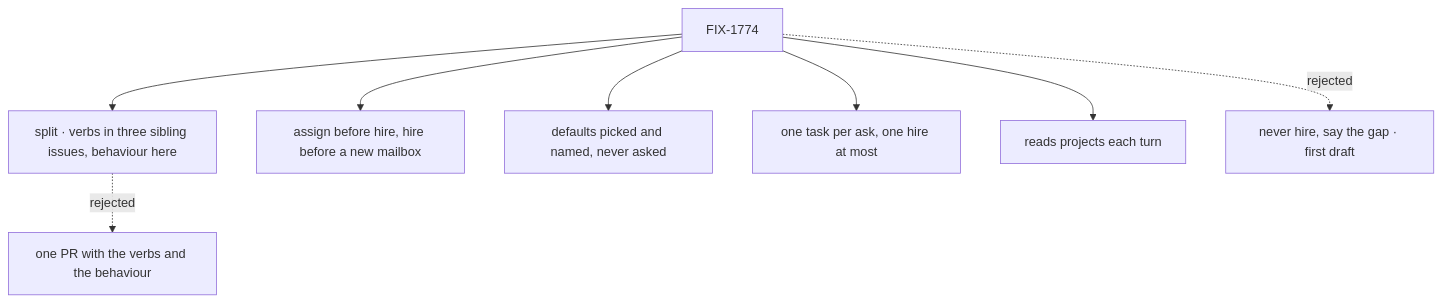
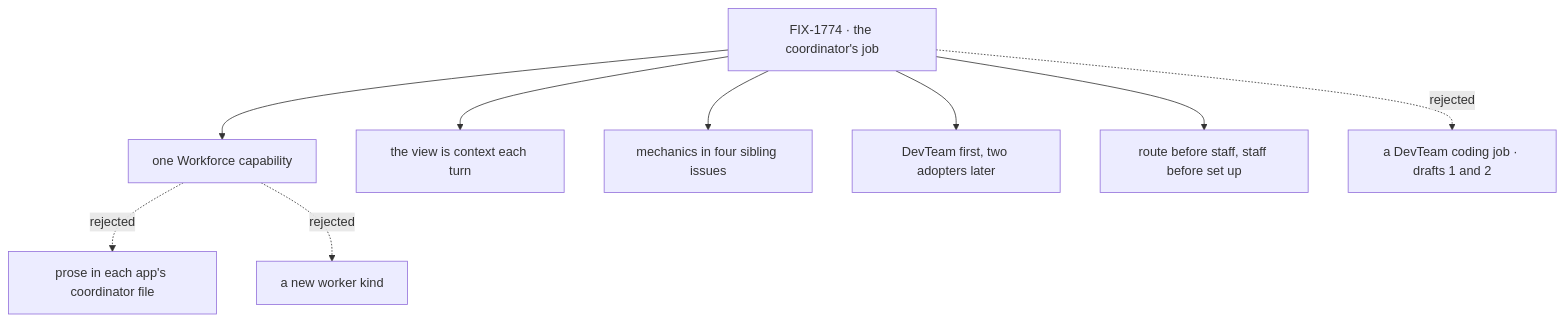
One commit to fixpoint-labs/flow-state-dev changed the diagram in specs/issues/FIX-1774/DECISIONS.md. Above: the diagram before and after it, drawn with Mermaid. The commit also changed other lines of this file and 4 other files, not shown here.

First line of the commit message:
spec(FIX-1774): the coordinator's job as one Workforce capability

````diff
--- a/specs/issues/FIX-1774/DECISIONS.md
+++ b/specs/issues/FIX-1774/DECISIONS.md
@@ -11,10 +10,11 @@
 ```mermaid
 flowchart TD
-  I["FIX-1774"] --> S["split · verbs in three sibling issues, behaviour here"]
-  I --> E1["assign before hire, hire before a new mailbox"]
-  I --> E2["defaults picked and named, never asked"]
-  I --> E3["one task per ask, one hire at most"]
-  I --> E4["reads projects each turn"]
-  S -.->|"rejected"| X1["one PR with the verbs and the behaviour"]
-  I -.->|"rejected"| X2["never hire, say the gap · first draft"]
+  I["FIX-1774 · the coordinator's job"] --> E1["one Workforce capability"]
+  I --> E2["the view is context each turn"]
+  I --> E3["mechanics in four sibling issues"]
+  I --> E4["DevTeam first, two adopters later"]
+  I --> E5["route before staff, staff before set up"]
+  E1 -.->|"rejected"| X1["prose in each app's coordinator file"]
+  E1 -.->|"rejected"| X2["a new worker kind"]
+  I -.->|"rejected"| X3["a DevTeam coding job · drafts 1 and 2"]
 ```
````
